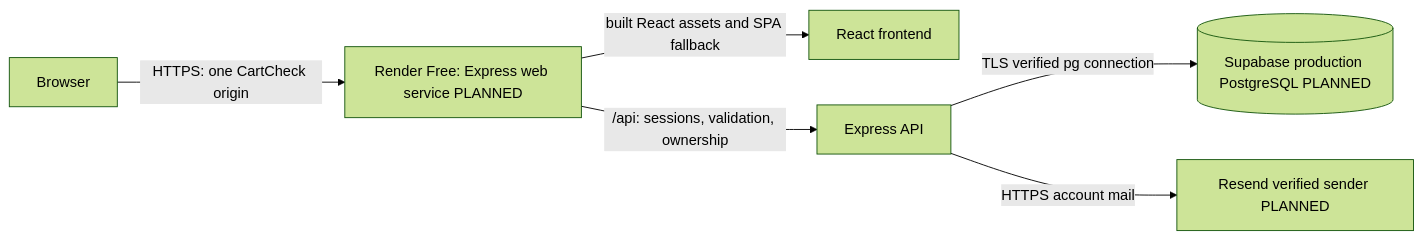
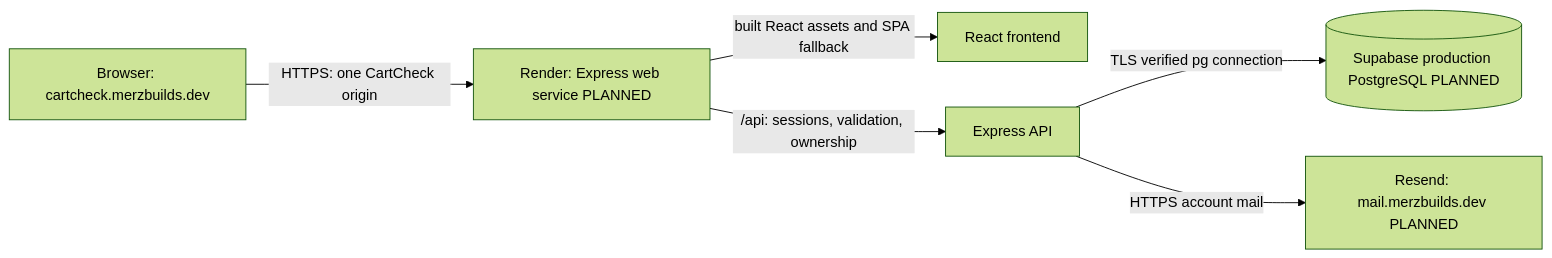
One commit to EJhayGit/CartCheck changed the second of 3 diagrams in docs/architecture/SYSTEM_DESIGN.md. Above: the diagram before and after it, drawn with Mermaid (forest theme). The commit also changed other lines of this file and 5 other files, not shown here.

Commit message:
docs: confirm CartCheck domain and release decisions

````diff
--- a/docs/architecture/SYSTEM_DESIGN.md
+++ b/docs/architecture/SYSTEM_DESIGN.md
@@ -26,8 +26,8 @@
 ```mermaid
 flowchart LR
-    B[Browser] -->|HTTPS: one CartCheck origin| E[Render Free: Express web service PLANNED]
+    B[Browser: cartcheck.merzbuilds.dev] -->|HTTPS: one CartCheck origin| E[Render: Express web service PLANNED]
     E -->|built React assets and SPA fallback| F[React frontend]
     E -->|/api: sessions, validation, ownership| A[Express API]
     A -->|TLS verified pg connection| P[(Supabase production PostgreSQL PLANNED)]
-    A -->|HTTPS account mail| R[Resend verified sender PLANNED]
+    A -->|HTTPS account mail| R[Resend: mail.merzbuilds.dev PLANNED]
 ```
````
